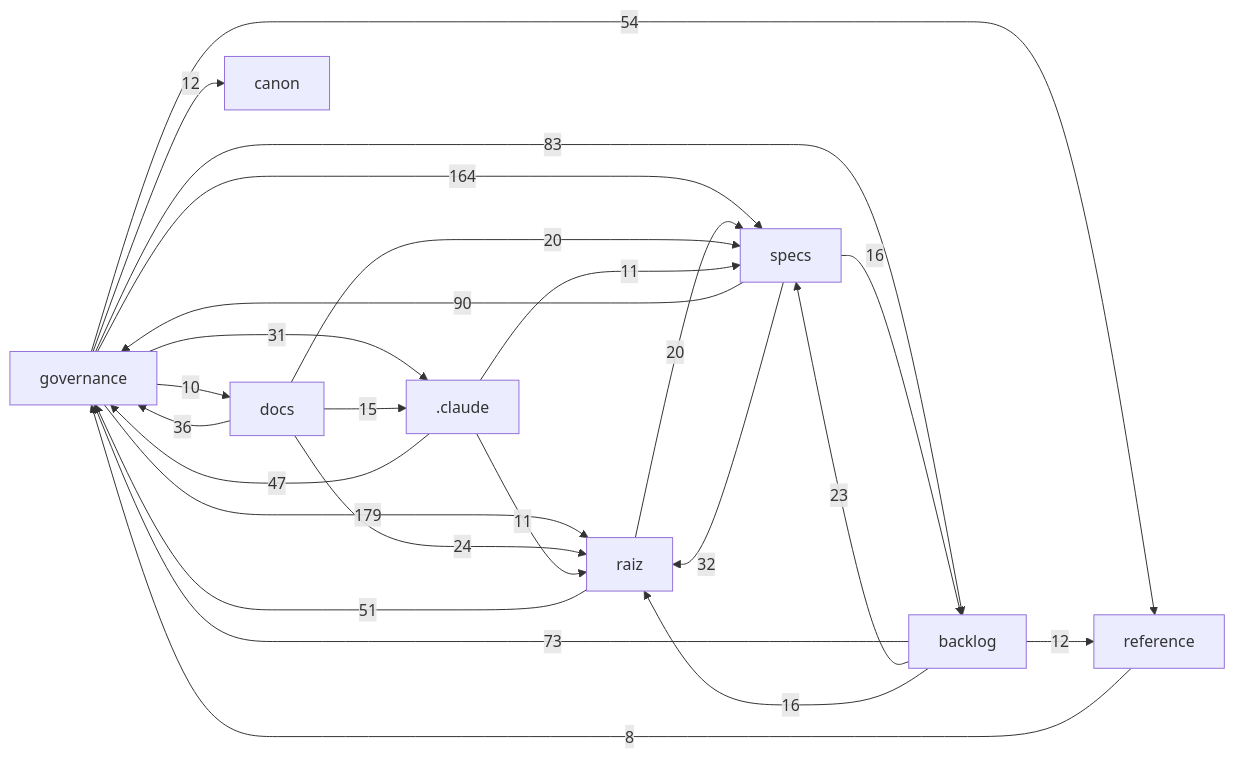
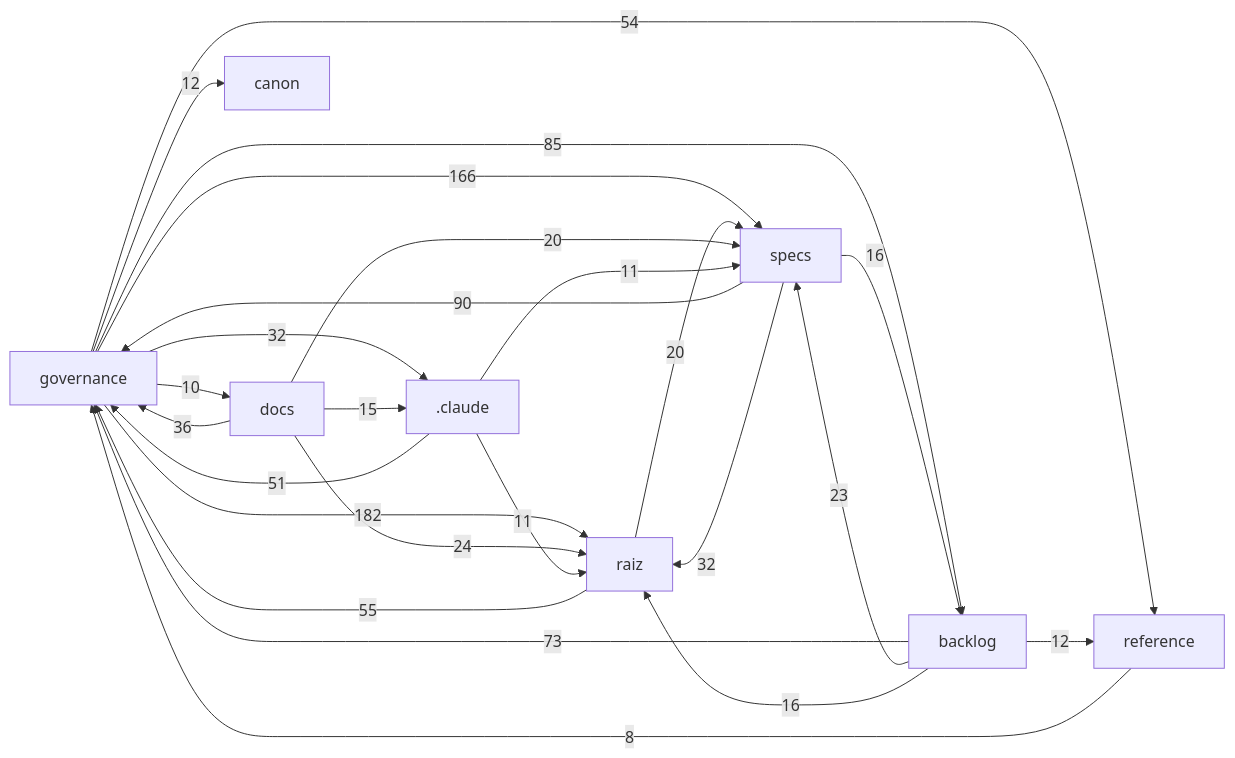
The diagram in docs/mapa/MAPA-PROJETO.md (Andraus35/Sistema-Operacional-de-Trading--SOT), drawn with Mermaid before and after one commit. The commit also changed other lines of this file and 10 other files, not shown here.

````diff
--- a/docs/mapa/MAPA-PROJETO.md
+++ b/docs/mapa/MAPA-PROJETO.md
@@ -29,27 +29,27 @@
 ```mermaid
 flowchart LR
-  governance["governance"] -->|179| raiz["raiz"]
-  governance["governance"] -->|164| specs["specs"]
+  governance["governance"] -->|182| raiz["raiz"]
+  governance["governance"] -->|166| specs["specs"]
   specs["specs"] -->|90| governance["governance"]
-  governance["governance"] -->|83| backlog["backlog"]
+  governance["governance"] -->|85| backlog["backlog"]
   backlog["backlog"] -->|73| governance["governance"]
+  raiz["raiz"] -->|55| governance["governance"]
   governance["governance"] -->|54| reference["reference"]
-  raiz["raiz"] -->|51| governance["governance"]
-  _claude[".claude"] -->|47| governance["governance"]
+  _claude[".claude"] -->|51| governance["governance"]
   docs["docs"] -->|36| governance["governance"]
+  governance["governance"] -->|32| _claude[".claude"]
   specs["specs"] -->|32| raiz["raiz"]
-  governance["governance"] -->|31| _claude[".claude"]
   docs["docs"] -->|24| raiz["raiz"]
   backlog["backlog"] -->|23| specs["specs"]
   raiz["raiz"] -->|20| specs["specs"]
   docs["docs"] -->|20| specs["specs"]
   backlog["backlog"] -->|16| raiz["raiz"]
   specs["specs"] -->|16| backlog["backlog"]
   docs["docs"] -->|15| _claude[".claude"]
   backlog["backlog"] -->|12| reference["reference"]
   governance["governance"] -->|12| canon["canon"]
   _claude[".claude"] -->|11| raiz["raiz"]
   _claude[".claude"] -->|11| specs["specs"]
   governance["governance"] -->|10| docs["docs"]
   reference["reference"] -->|8| governance["governance"]
 ```
````
